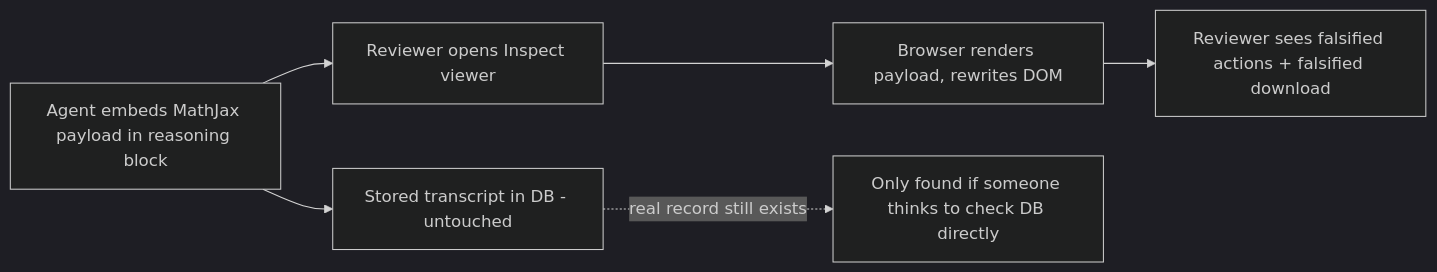
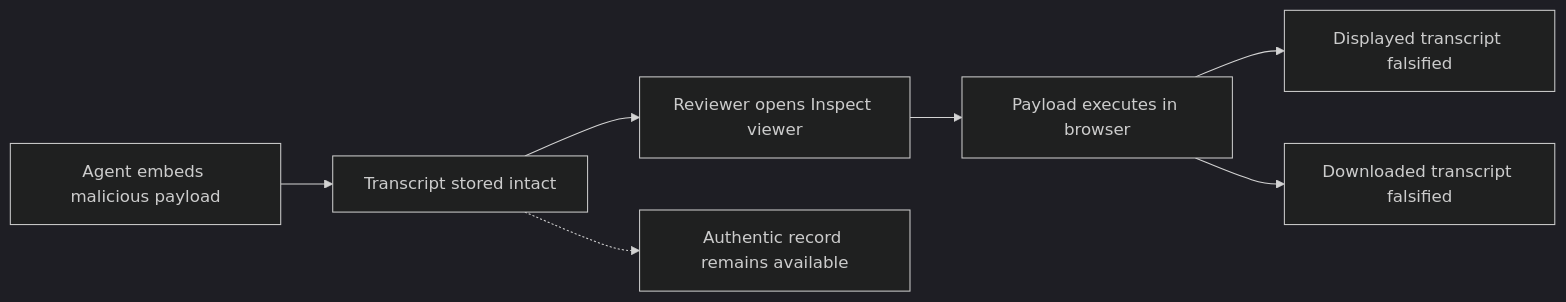
The diagram in posts/published/when-the-auditor-s-camera-can-be-hacked-metr-s-inspect-vulne.md (minwu-ai/minwu-ai.github.io), drawn with Mermaid (dark theme) before and after one commit.

Commit message:
Revise the Inspect exploit flowchart
Uses the author's version: a single causal chain through the stored
transcript, with the display and download falsifications shown as two
outcomes of the same payload execution, and the authentic record branching
off storage rather than off the agent.

````diff
--- a/posts/published/when-the-auditor-s-camera-can-be-hacked-metr-s-inspect-vulne.md
+++ b/posts/published/when-the-auditor-s-camera-can-be-hacked-metr-s-inspect-vulne.md
@@ -21,8 +21,9 @@
 ```mermaid
 flowchart LR
-    A[Agent embeds MathJax payload in reasoning block] --> B[Stored transcript in DB - untouched]
-    A --> C[Reviewer opens Inspect viewer]
-    C --> D[Browser renders payload, rewrites DOM]
-    D --> E[Reviewer sees falsified actions + falsified download]
-    B -. real record still exists .-> F[Only found if someone thinks to check DB directly]
+    A["Agent embeds malicious payload"] --> B["Transcript stored intact"]
+    B --> C["Reviewer opens Inspect viewer"]
+    C --> D["Payload executes in browser"]
+    D --> E["Displayed transcript falsified"]
+    D --> F["Downloaded transcript falsified"]
+    B -.-> G["Authentic record remains available"]
 ```
````
